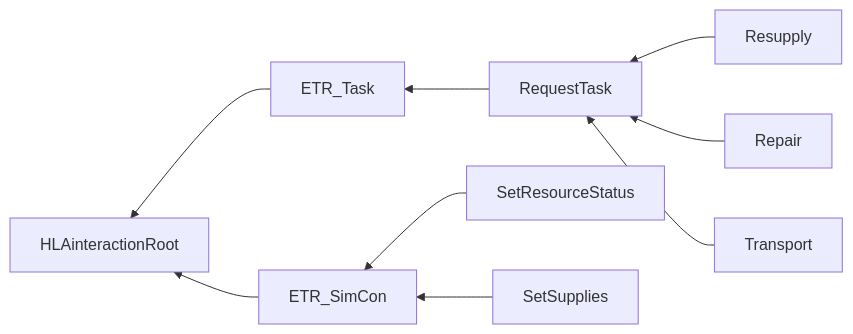
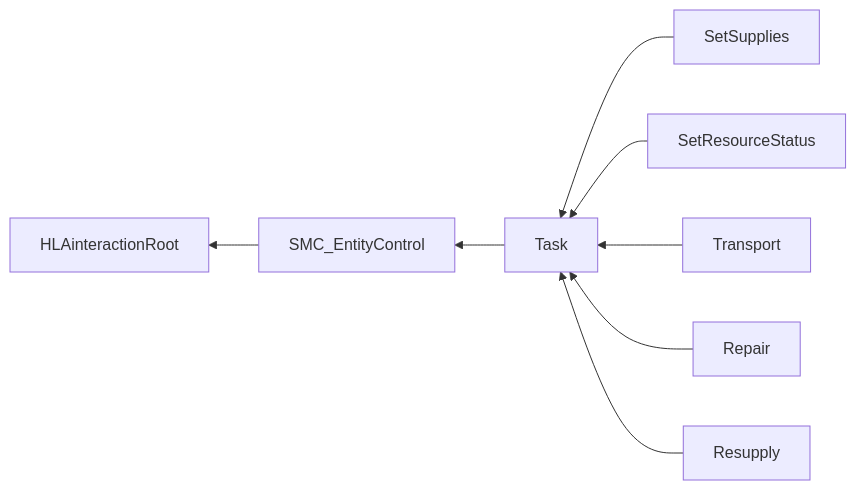
Before and after one commit to AMSP-04/NETN-LOG: the fifth of 5 diagrams in NETN-LOG.md, drawn with Mermaid. The commit also changed other lines of this file and 3 other files, not shown here.

````diff
--- a/NETN-LOG.md
+++ b/NETN-LOG.md
@@ -156,11 +156,10 @@
 ```mermaid
 graph RL
-ETR_Task-->HLAinteractionRoot
-ETR_SimCon-->HLAinteractionRoot
-RequestTask-->ETR_Task
-Resupply-->RequestTask
-Repair-->RequestTask
-Transport-->RequestTask
-SetResourceStatus-->ETR_SimCon
-SetSupplies-->ETR_SimCon
+SMC_EntityControl-->HLAinteractionRoot
+Task-->SMC_EntityControl
+SetSupplies-->Task
+SetResourceStatus-->Task
+Transport-->Task
+Repair-->Task
+Resupply-->Task
 ```
````
